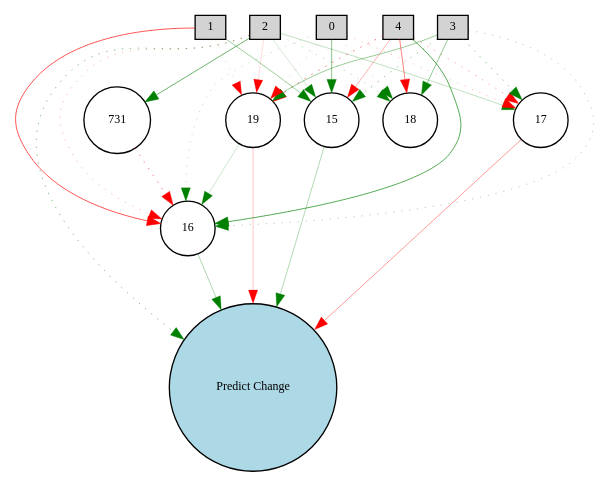
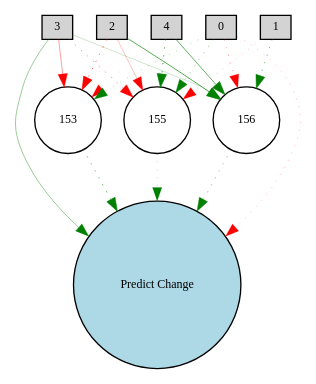
The diagram in Nasdaq Evolved Network/Digraph.gv (timestocome/EvolvingCode), drawn with Graphviz before and after one commit. The commit also changed 10 other files, not shown here.

```diff
--- a/Nasdaq Evolved Network/Digraph.gv
+++ b/Nasdaq Evolved Network/Digraph.gv
@@ -1,46 +1,31 @@
 digraph {
 	node [fontsize=9 height=0.2 shape=circle width=0.2]
 	4 [fillcolor=lightgray shape=box style=filled]
 	3 [fillcolor=lightgray shape=box style=filled]
 	2 [fillcolor=lightgray shape=box style=filled]
 	1 [fillcolor=lightgray shape=box style=filled]
 	0 [fillcolor=lightgray shape=box style=filled]
 	"Predict Change" [fillcolor=lightblue style=filled]
-	15 [fillcolor=white style=filled]
-	16 [fillcolor=white style=filled]
-	17 [fillcolor=white style=filled]
-	18 [fillcolor=white style=filled]
-	19 [fillcolor=white style=filled]
-	731 [fillcolor=white style=filled]
-	2 -> 16 [color=red penwidth=0.21065039830346682 style=dotted]
-	0 -> 15 [color=green penwidth=0.35459844505333393 style=solid]
-	0 -> 19 [color=red penwidth=0.15800838930829092 style=dotted]
-	0 -> 16 [color=green penwidth=0.16631609467749026 style=dotted]
-	19 -> "Predict Change" [color=red penwidth=0.17314229234424774 style=solid]
-	3 -> 17 [color=green penwidth=0.3895907138542364 style=dotted]
-	16 -> "Predict Change" [color=green penwidth=0.2441708339485976 style=solid]
-	3 -> 16 [color=green penwidth=0.2305598161302145 style=dotted]
-	3 -> 19 [color=green penwidth=0.30370835462129186 style=solid]
-	3 -> 15 [color=green penwidth=0.305765380931073 style=dotted]
-	2 -> 18 [color=green penwidth=0.21930828016804754 style=dotted]
-	2 -> 15 [color=green penwidth=0.13333597956189996 style=solid]
-	2 -> 17 [color=green penwidth=0.19070317154881233 style=solid]
-	4 -> 18 [color=red penwidth=0.36714141768281583 style=solid]
-	4 -> 15 [color=red penwidth=0.2345805253816336 style=solid]
-	1 -> 16 [color=red penwidth=0.5 style=solid]
-	19 -> 16 [color=green penwidth=0.14966219489941668 style=solid]
-	17 -> "Predict Change" [color=red penwidth=0.3038831057768101 style=solid]
-	2 -> 19 [color=red penwidth=0.10664336304711705 style=solid]
-	15 -> "Predict Change" [color=green penwidth=0.23254588075490507 style=solid]
-	4 -> 17 [color=red penwidth=0.28503800387630784 style=dotted]
-	2 -> "Predict Change" [color=green penwidth=0.3830489312775254 style=dotted]
-	731 -> 16 [color=red penwidth=0.4121528572701145 style=dotted]
-	4 -> 19 [color=red penwidth=0.4694380434282822 style=dotted]
-	0 -> 17 [color=red penwidth=0.18928169957617605 style=dotted]
-	1 -> 15 [color=green penwidth=0.29130507151359875 style=solid]
-	4 -> 16 [color=green penwidth=0.5 style=solid]
-	3 -> 18 [color=green penwidth=0.3198046364830395 style=solid]
-	0 -> 18 [color=green penwidth=0.15113615153945764 style=dotted]
-	1 -> 19 [color=red penwidth=0.14304429982880976 style=dotted]
-	2 -> 731 [color=green penwidth=0.4353067213837801 style=solid]
+	153 [fillcolor=white style=filled]
+	155 [fillcolor=white style=filled]
+	156 [fillcolor=white style=filled]
+	4 -> 155 [color=green penwidth=0.5 style=dotted]
+	3 -> 155 [color=red penwidth=0.3177497837343881 style=dotted]
+	2 -> 156 [color=green penwidth=0.5 style=solid]
+	1 -> 156 [color=green penwidth=0.3569942738571903 style=dotted]
+	0 -> 155 [color=green penwidth=0.2713163246258764 style=dotted]
+	4 -> 156 [color=green penwidth=0.45792225364852734 style=solid]
+	155 -> "Predict Change" [color=green penwidth=0.15798180021061953 style=dotted]
+	0 -> 153 [color=green penwidth=0.19083318964028934 style=dotted]
+	0 -> "Predict Change" [color=red penwidth=0.15808876584372034 style=dotted]
+	3 -> 156 [color=green penwidth=0.15083880155446394 style=solid]
+	153 -> "Predict Change" [color=green penwidth=0.4194374300403406 style=dotted]
+	1 -> 155 [color=red penwidth=0.1474954622153912 style=dotted]
+	156 -> "Predict Change" [color=green penwidth=0.3225639924821794 style=dotted]
+	3 -> "Predict Change" [color=green penwidth=0.3014027820134775 style=solid]
+	2 -> 153 [color=red penwidth=0.4411558562761878 style=dotted]
+	3 -> 153 [color=red penwidth=0.2873882863856051 style=solid]
+	0 -> 156 [color=red penwidth=0.26373778915153623 style=dotted]
+	4 -> 153 [color=red penwidth=0.11151376061388385 style=dotted]
+	2 -> 155 [color=red penwidth=0.18200136154562102 style=solid]
 }
```
